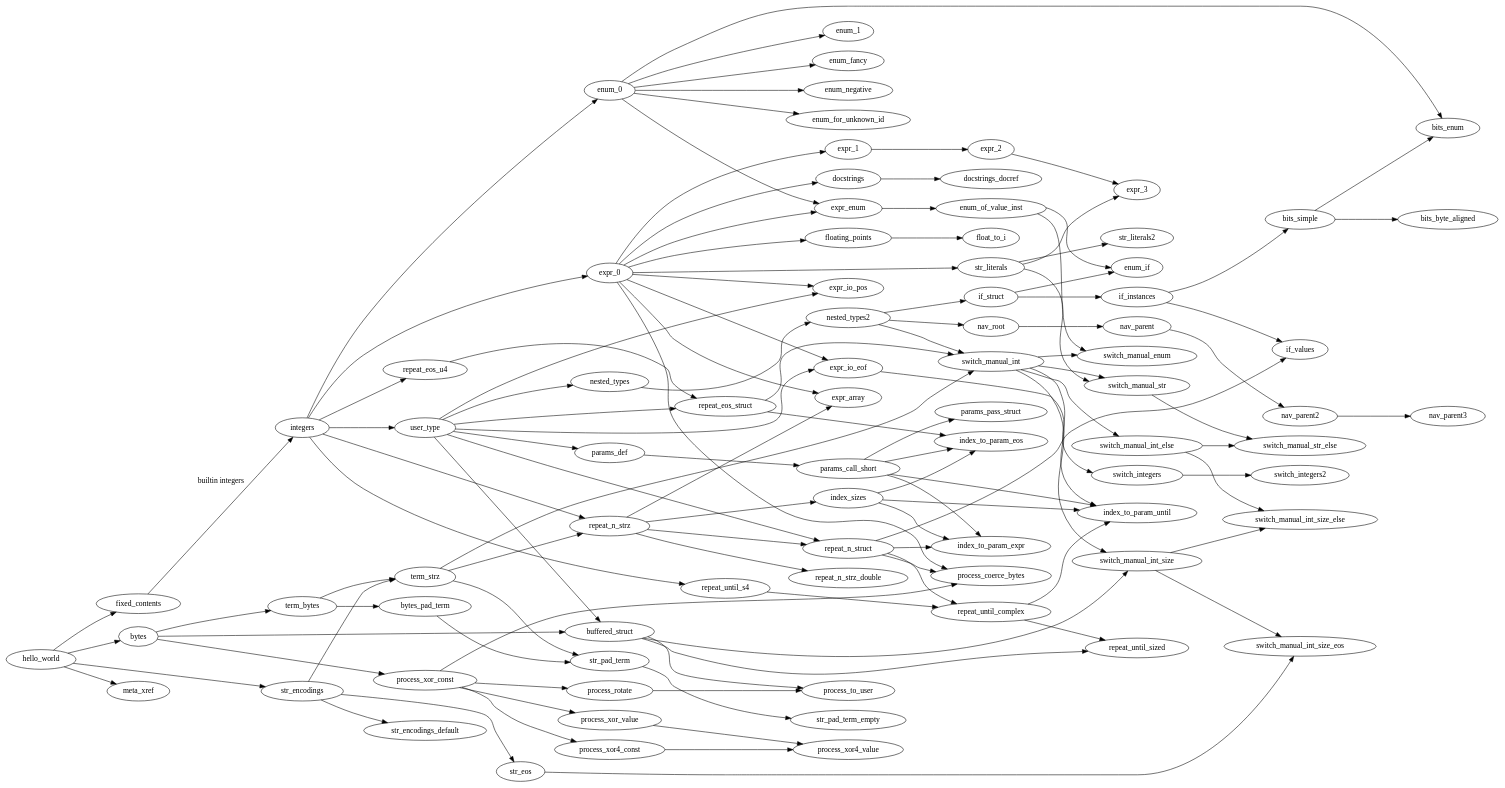
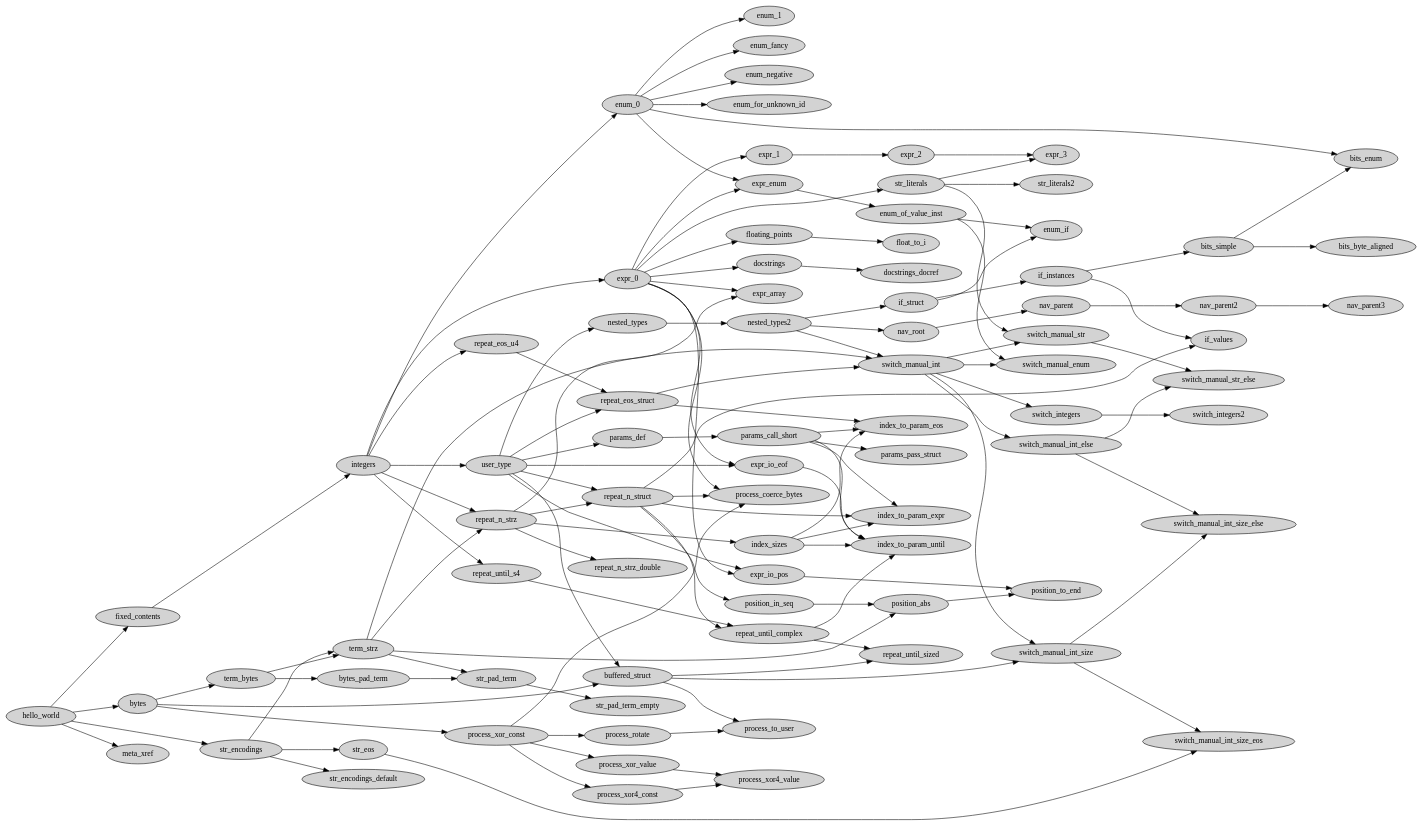
Before and after one commit to kaitai-io/kaitai_struct_tests: the diagram in doc/test_coverage_order.dot, drawn with Graphviz.

Commit message:
Added more test deps, made nodes filled by default

```diff
--- a/doc/test_coverage_order.dot
+++ b/doc/test_coverage_order.dot
@@ -1,78 +1,83 @@
 digraph {
 	rankdir=LR;
+        node [style=filled];
 
 	hello_world -> fixed_contents;
-	fixed_contents -> integers [label="builtin integers"];
+	fixed_contents -> integers; // [label="builtin integers"];
 
 	expr_0 -> floating_points -> float_to_i;
 	expr_0 -> str_literals -> str_literals2;
         expr_0 -> expr_1 -> expr_2 -> expr_3;
         {expr_0 repeat_n_strz} -> expr_array;
         {user_type expr_0} -> expr_io_eof;
         {user_type expr_0} -> expr_io_pos;
         str_literals -> expr_3;
 
         expr_0 -> docstrings -> docstrings_docref;
 
 	integers -> enum_0;
 	enum_0 -> enum_1; // [label="multi-level enums"];
 	enum_0 -> enum_fancy;
 	{expr_0 enum_0} -> expr_enum -> enum_of_value_inst;
 	enum_0 -> enum_negative;
         enum_0 -> enum_for_unknown_id;
         {enum_of_value_inst if_struct} -> enum_if;
 
 	integers -> expr_0; // [label="instance values, basic arithmetics"];
 
         if_instances -> bits_simple -> {bits_byte_aligned bits_enum};
         enum_0 -> bits_enum;
 
 	integers -> user_type -> nested_types -> nested_types2;
 
         {bytes user_type} -> buffered_struct;
 
 	integers -> {repeat_eos_u4 repeat_n_strz repeat_until_s4};
         term_strz -> repeat_n_strz -> repeat_n_strz_double;
 	{user_type repeat_eos_u4} -> repeat_eos_struct;
 	{user_type repeat_n_strz} -> repeat_n_struct;
         repeat_until_s4 -> repeat_until_complex -> repeat_until_sized;
         repeat_n_struct -> repeat_until_complex;
         buffered_struct -> repeat_until_sized;
 
         hello_world -> bytes -> term_bytes -> bytes_pad_term -> str_pad_term;
 	term_bytes -> term_strz -> str_pad_term -> str_pad_term_empty;
 
 	hello_world -> str_encodings -> str_encodings_default;
 
 	str_encodings -> {term_strz str_eos};
 
         {nested_types2 term_strz repeat_eos_struct} -> switch_manual_int -> {switch_manual_int_else switch_manual_int_size};
         buffered_struct -> switch_manual_int_size;
         {switch_manual_int_else switch_manual_int_size} -> switch_manual_int_size_else;
         {switch_manual_int str_literals} -> switch_manual_str;
         {switch_manual_str switch_manual_int_else} -> switch_manual_str_else;
         switch_manual_int -> switch_integers -> switch_integers2;
         {switch_manual_int enum_of_value_inst} -> switch_manual_enum;
 
         hello_world -> meta_xref;
 
         {str_eos switch_manual_int_size} -> switch_manual_int_size_eos;
 
         repeat_n_strz -> index_sizes -> {index_to_param_eos index_to_param_expr index_to_param_until};
         user_type -> params_def -> params_call_short -> {index_to_param_eos index_to_param_expr index_to_param_until params_pass_struct};
         repeat_eos_struct -> index_to_param_eos;
         repeat_n_struct -> index_to_param_expr;
         {repeat_until_complex expr_io_eof} -> index_to_param_until;
 
         nested_types2 -> if_struct -> if_instances -> if_values;
         repeat_n_struct -> if_values;
 
         bytes -> process_xor_const -> process_xor_value -> process_xor4_value;
         process_xor_const -> {process_xor4_const process_rotate};
         process_xor4_const -> process_xor4_value;
         {buffered_struct process_rotate} -> process_to_user;
 
         {repeat_n_struct process_xor_const expr_0} -> process_coerce_bytes;
 
         nested_types2 -> nav_root -> nav_parent -> nav_parent2 -> nav_parent3;
+
+        repeat_n_struct -> position_in_seq -> position_abs;
+        term_strz -> position_abs;
+        {expr_io_pos position_abs} -> position_to_end;
 }
```
